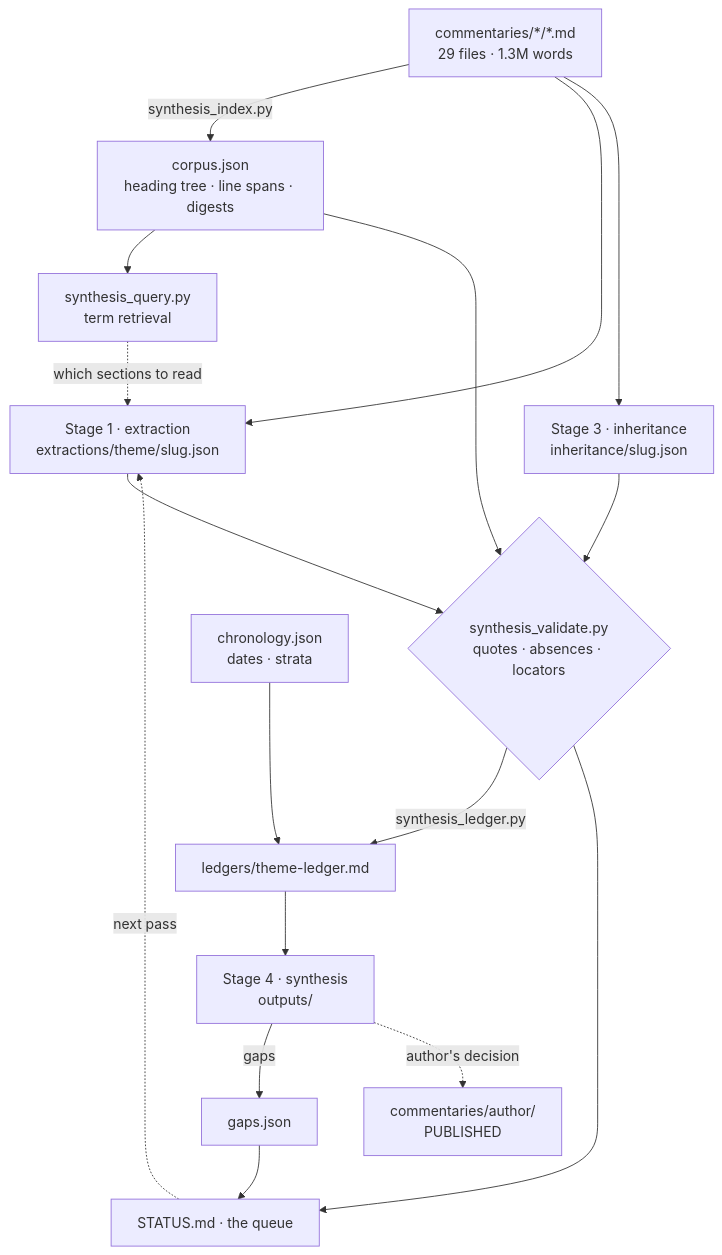
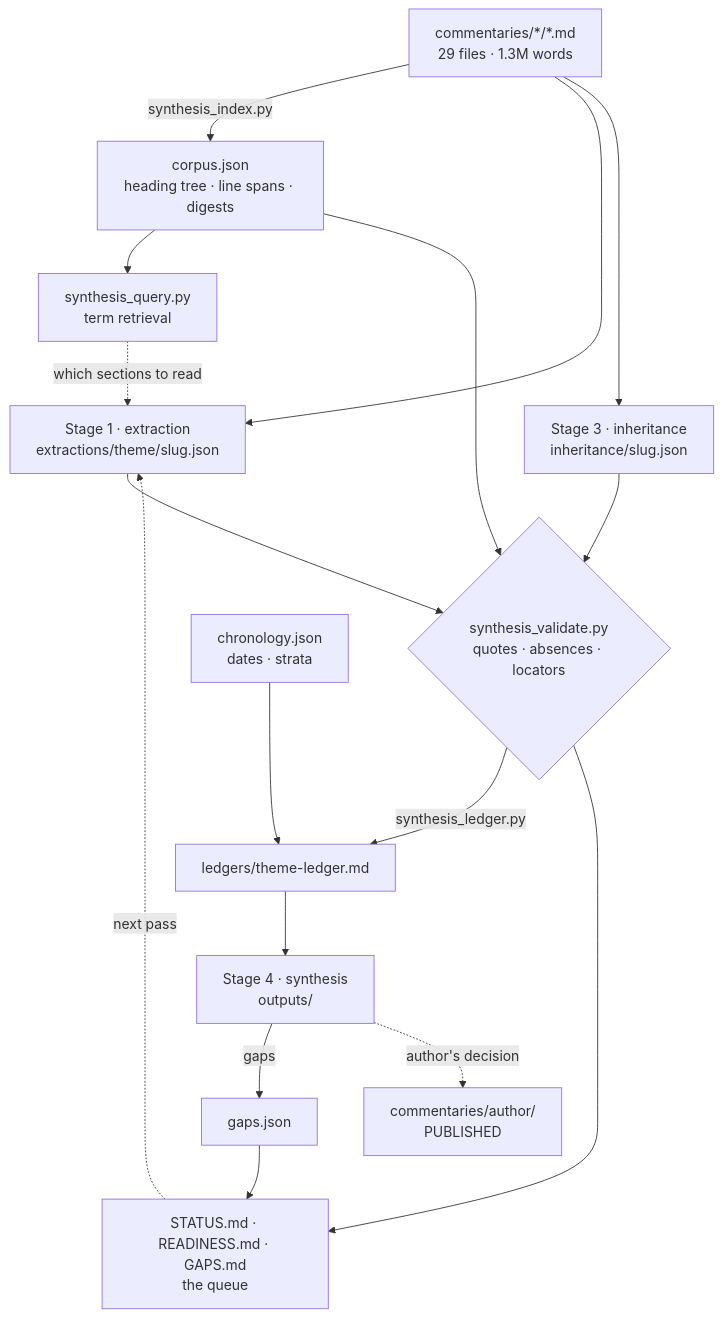
The diagram in docs/synthesis-design.md (faultynode/commentaries), drawn with Mermaid before and after one commit. The commit also changed other lines of this file and 11 other files, not shown here.

First line of the commit message:
Split comparative readiness and gaps out of STATUS.md

````diff
--- a/docs/synthesis-design.md
+++ b/docs/synthesis-design.md
@@ -53,20 +53,20 @@
 ```mermaid
 flowchart TD
     C["commentaries/*/*.md<br/>29 files · 1.3M words"]
     C -->|synthesis_index.py| IDX["corpus.json<br/>heading tree · line spans · digests"]
     IDX --> Q["synthesis_query.py<br/>term retrieval"]
     Q -.->|which sections to read| E
     C --> E["Stage 1 · extraction<br/>extractions/theme/slug.json"]
     C --> I["Stage 3 · inheritance<br/>inheritance/slug.json"]
     E --> V{"synthesis_validate.py<br/>quotes · absences · locators"}
     I --> V
     IDX --> V
     V -->|synthesis_ledger.py| L["ledgers/theme-ledger.md"]
     CH["chronology.json<br/>dates · strata"] --> L
     L --> S["Stage 4 · synthesis<br/>outputs/"]
     S -->|gaps| G["gaps.json"]
-    G --> ST["STATUS.md · the queue"]
+    G --> ST["STATUS.md · READINESS.md · GAPS.md<br/>the queue"]
     V --> ST
     ST -.->|next pass| E
     S -.->|author's decision| P["commentaries/author/<br/>PUBLISHED"]
 ```
````
